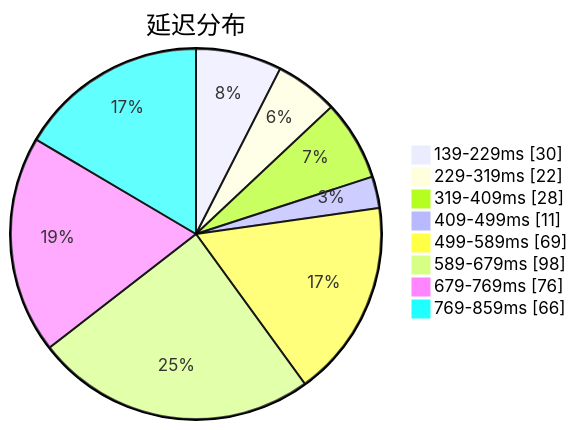
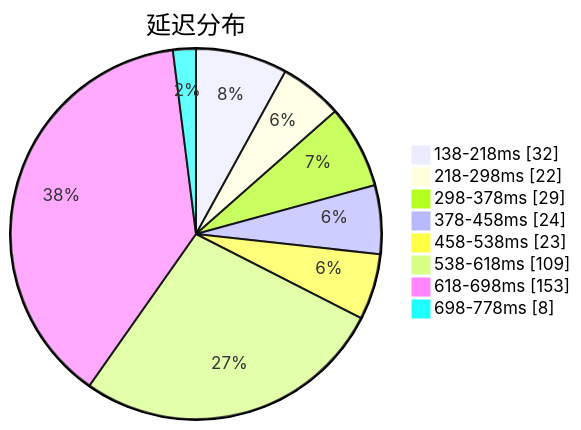
One commit to qjlxg/airport changed the first of 3 diagrams in subs/statistics/tested_within.md. Above: the diagram before and after it, drawn with Mermaid. The commit also changed other lines of this file and 2 other files, not shown here.

Commit message:
Tested by metaST

````diff
--- a/subs/statistics/tested_within.md
+++ b/subs/statistics/tested_within.md
@@ -2,12 +2,12 @@
 ```mermaid
 pie showData
 title 延迟分布
-"139-229ms" : 30
-"229-319ms" : 22
-"319-409ms" : 28
-"409-499ms" : 11
-"499-589ms" : 69
-"589-679ms" : 98
-"679-769ms" : 76
-"769-859ms" : 66
+"138-218ms" : 32
+"218-298ms" : 22
+"298-378ms" : 29
+"378-458ms" : 24
+"458-538ms" : 23
+"538-618ms" : 109
+"618-698ms" : 153
+"698-778ms" : 8
 ```
````
